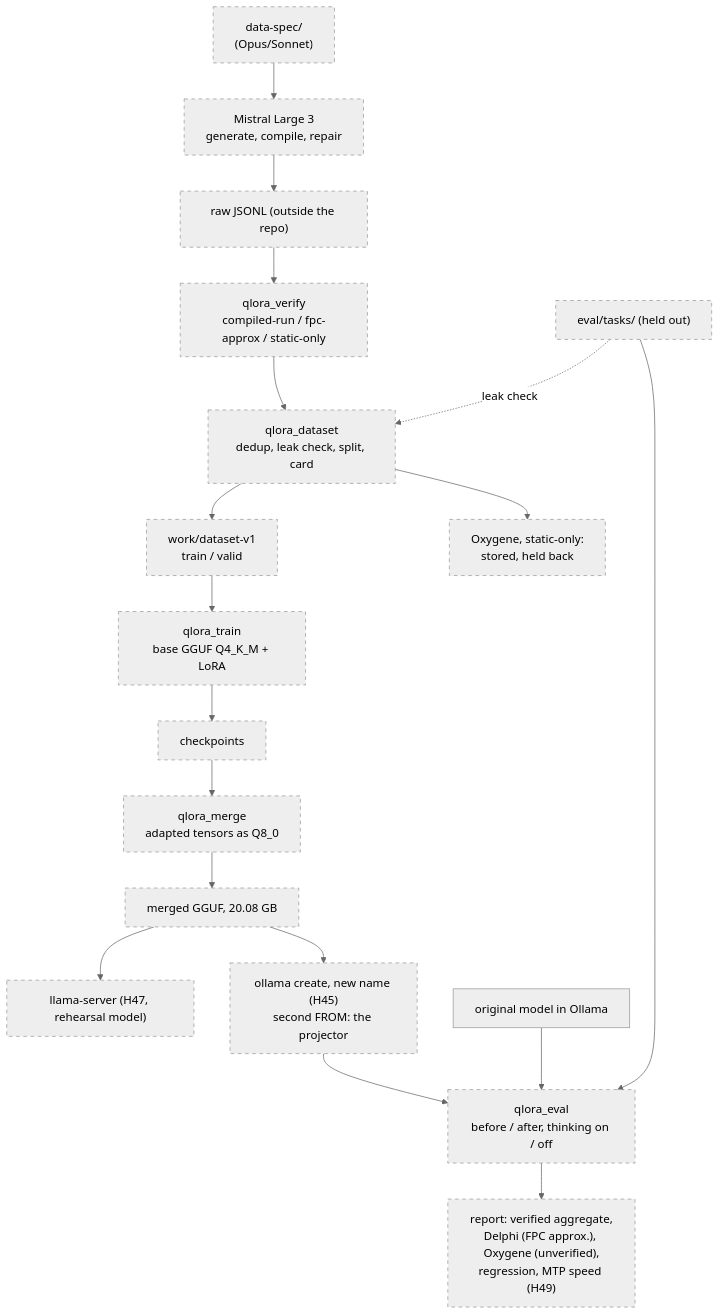
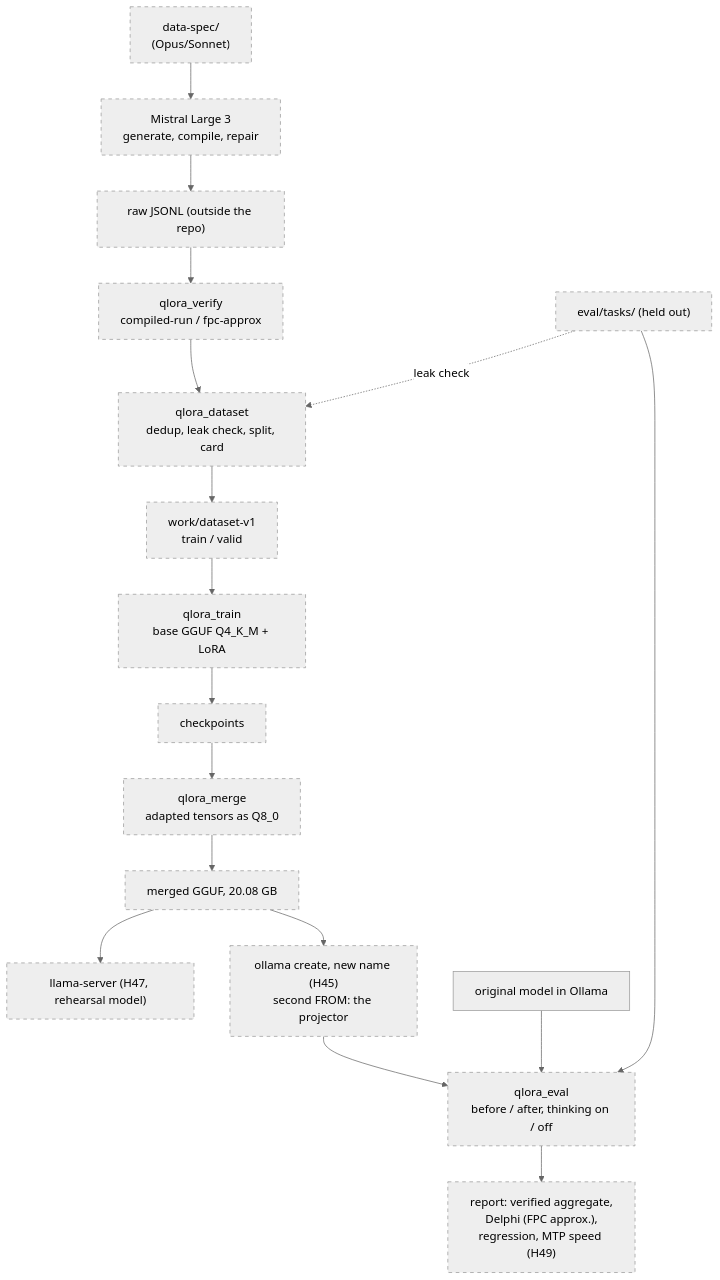
Diagram 13 of 13 in docs/UML.md (tankoha/tch-fpc), drawn with Mermaid (neutral theme) before and after one commit. The commit also changed 5 other files, not shown here.

First line of the commit message:
docs: Oxygene is compiled and run and in the first run (DESIGN 8.16, 8.17)

````diff
--- a/docs/UML.md
+++ b/docs/UML.md
@@ -810,22 +810,21 @@
 ```mermaid
 flowchart TD
   SPEC["data-spec/<br/>(Opus/Sonnet)"] --> GEN["Mistral Large 3<br/>generate, compile, repair"]
   GEN --> RAW["raw JSONL (outside the repo)"]
-  RAW --> VER["qlora_verify<br/>compiled-run / fpc-approx / static-only"]
+  RAW --> VER["qlora_verify<br/>compiled-run / fpc-approx"]
   VER --> DS["qlora_dataset<br/>dedup, leak check, split, card"]
   TASKS["eval/tasks/ (held out)"] -. "leak check" .-> DS
   DS --> TRAINSET["work/dataset-v1<br/>train / valid"]
-  DS --> HOLD["Oxygene, static-only:<br/>stored, held back"]
   TRAINSET --> TRAIN["qlora_train<br/>base GGUF Q4_K_M + LoRA"]
   TRAIN --> CKPT["checkpoints"]
   CKPT --> MERGE["qlora_merge<br/>adapted tensors as Q8_0"]
   MERGE --> GGUF["merged GGUF, 20.08 GB"]
   GGUF --> H47["llama-server (H47, rehearsal model)"]
   GGUF --> OLL["ollama create, new name (H45)<br/>second FROM: the projector"]
   TASKS --> EVAL["qlora_eval<br/>before / after, thinking on / off"]
   OLL --> EVAL
   BASE["original model in Ollama"] --> EVAL
-  EVAL --> REP["report: verified aggregate,<br/>Delphi (FPC approx.), Oxygene (unverified),<br/>regression, MTP speed (H49)"]
+  EVAL --> REP["report: verified aggregate,<br/>Delphi (FPC approx.),<br/>regression, MTP speed (H49)"]
   classDef planned stroke-dasharray: 5 5
-  class SPEC,GEN,RAW,VER,DS,TASKS,TRAINSET,HOLD,TRAIN,CKPT,MERGE,GGUF,H47,OLL,EVAL,REP planned
+  class SPEC,GEN,RAW,VER,DS,TASKS,TRAINSET,TRAIN,CKPT,MERGE,GGUF,H47,OLL,EVAL,REP planned
 ```
````
